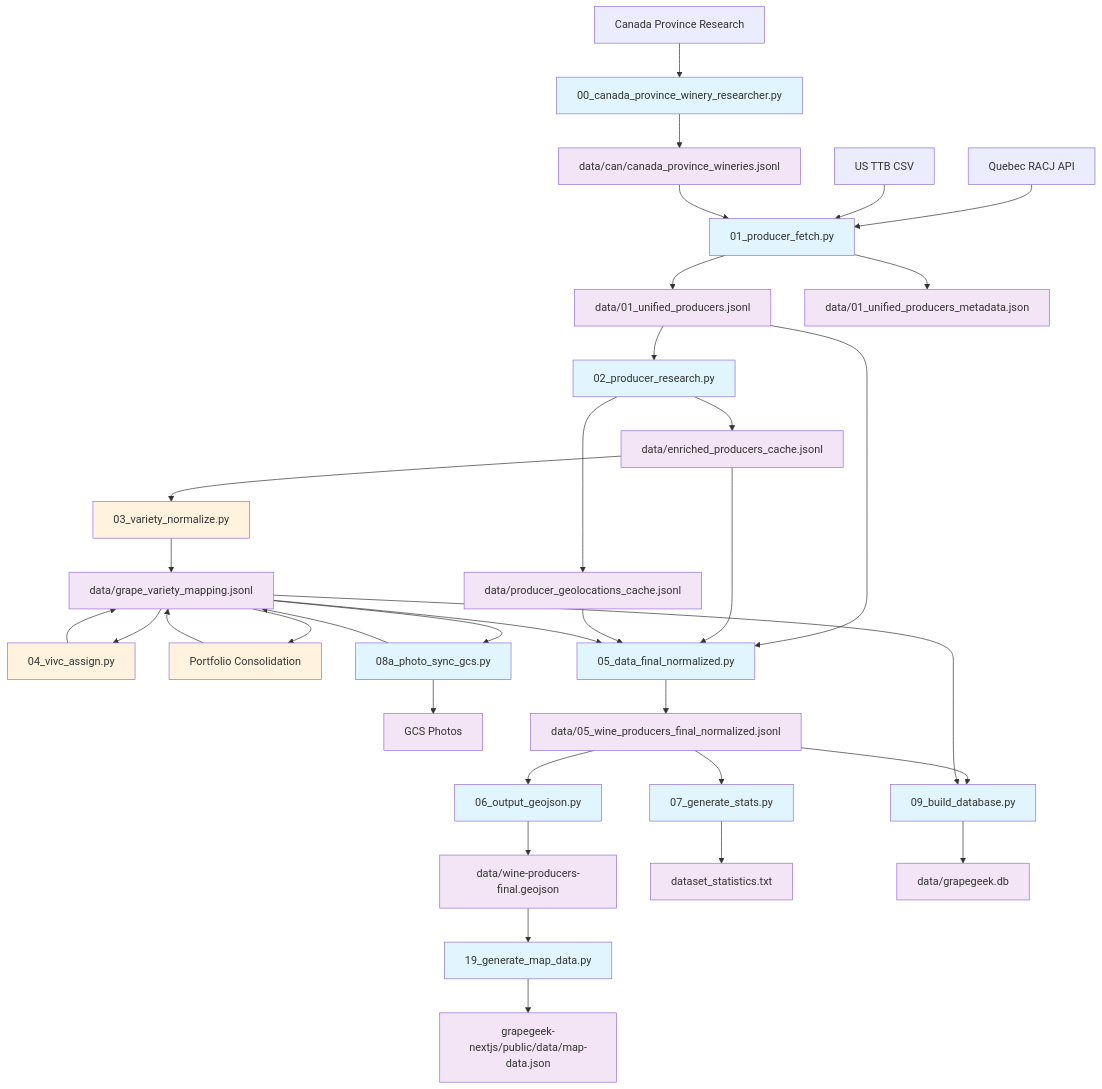
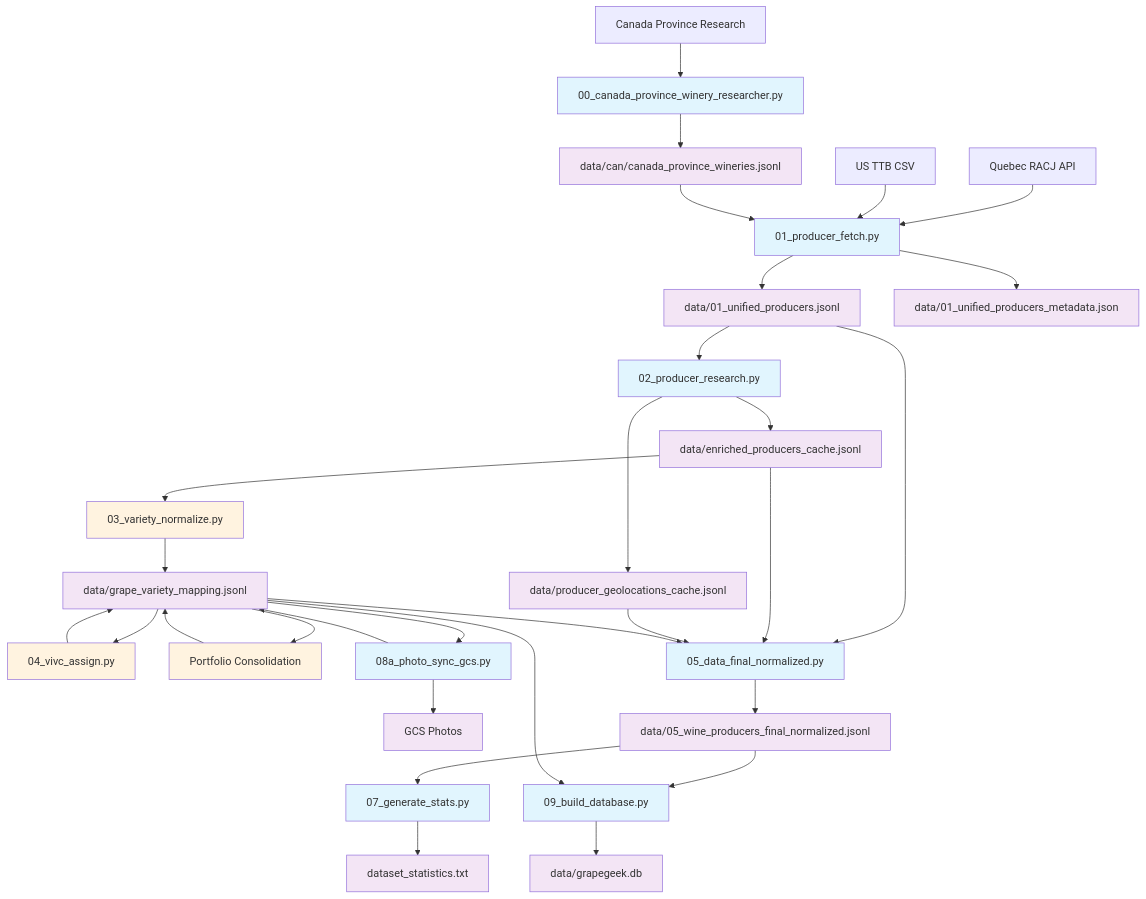
One commit to p-gag/grapegeek changed the diagram in src/README.md. Above: the diagram before and after it, drawn with Mermaid. The commit also changed other lines of this file and 7 other files, not shown here.

First line of the commit message:
Serve map data directly from SQLite instead of intermediate JSON files

````diff
--- a/src/README.md
+++ b/src/README.md
@@ -16,68 +16,61 @@
 ```mermaid
 graph TD
     %% Data Sources
     A1[Quebec RACJ API] 
     A2[US TTB CSV]
     A3[Canada Province Research]
     
     %% Step 0: Data Collection
     A3 --> B0[00_canada_province_winery_researcher.py]
     B0 --> D1[data/can/canada_province_wineries.jsonl]
     
     %% Step 1: Unify Sources  
     A1 --> B1[01_producer_fetch.py]
     A2 --> B1
     D1 --> B1
     B1 --> D2[data/01_unified_producers.jsonl]
     B1 --> D2M[data/01_unified_producers_metadata.json]
     
     %% Step 2: Research & Enrichment
     D2 --> B2[02_producer_research.py]
     B2 --> D3A[data/enriched_producers_cache.jsonl]
     B2 --> D3B[data/producer_geolocations_cache.jsonl]
     
     %% Step 3: Variety Processing (Manual Review Needed)
     D3A --> B3[03_variety_normalize.py]
     B3 --> D4[data/grape_variety_mapping.jsonl]
     D4 --> B4[04_vivc_assign.py]
     B4 --> D4
     D4 --> B4B[Portfolio Consolidation]
     B4B --> D4
 
     %% Step 4a: Photo Sync (NEW)
     D4 --> B4C[08a_photo_sync_gcs.py]
     B4C --> D4D[GCS Photos]
     B4C --> D4
 
     %% Step 4: Final Dataset
     D2 --> B5[05_data_final_normalized.py]
     D3A --> B5
     D3B --> B5  
     D4 --> B5
     B5 --> D7[data/05_wine_producers_final_normalized.jsonl]
     
     %% Step 5: Outputs
-    D7 --> B6[06_output_geojson.py]
-    B6 --> D8[data/wine-producers-final.geojson]
-
     D7 --> B7[07_generate_stats.py]
     B7 --> D10[dataset_statistics.txt]
 
-    %% Step 6: Database Build
+    %% Step 6: Database Build (map data served directly from DB at build time)
     D7 --> B9[09_build_database.py]
     D4 --> B9
     B9 --> D11[data/grapegeek.db]
-
-    %% Step 7: Next.js Map Data
-    D8 --> B10[19_generate_map_data.py]
-    B10 --> D12[grapegeek-nextjs/public/data/map-data.json]
 
     %% Styling
     classDef script fill:#e1f5fe
     classDef datafile fill:#f3e5f5
     classDef manual fill:#fff3e0
 
-    class B0,B1,B2,B3,B4,B4B,B4C,B5,B6,B7,B8,B9,B10 script
-    class D1,D2,D2M,D3A,D3B,D4,D4D,D7,D8,D10,D11,D12 datafile
+    class B0,B1,B2,B3,B4,B4B,B4C,B5,B7,B9 script
+    class D1,D2,D2M,D3A,D3B,D4,D4D,D7,D10,D11 datafile
     class B3,B4,B4B manual
 ```
````
